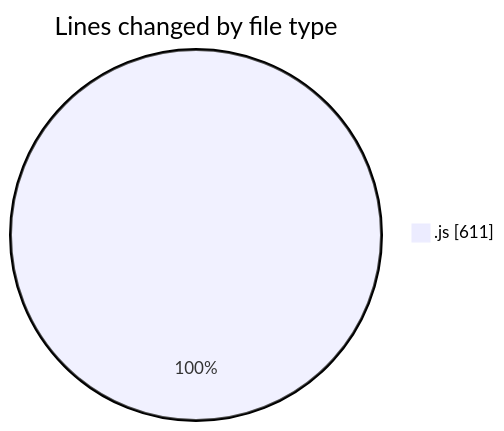
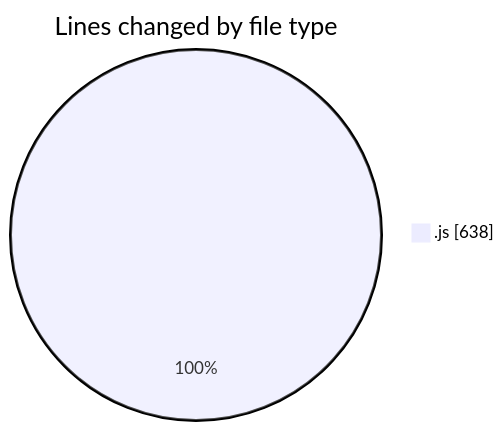
One commit to Ritupan-Deka/code-tracking changed the first of 2 diagrams in 2025-07-22/javascript/README.md. Above: the diagram before and after it, drawn with Mermaid. The commit also changed other lines of this file and 1 other file, not shown here.

````diff
--- a/2025-07-22/javascript/README.md
+++ b/2025-07-22/javascript/README.md
@@ -21,5 +22,5 @@
 ```mermaid
 pie showData
 title Lines changed by file type
-".js" : 611
+".js" : 638
 ```
````
